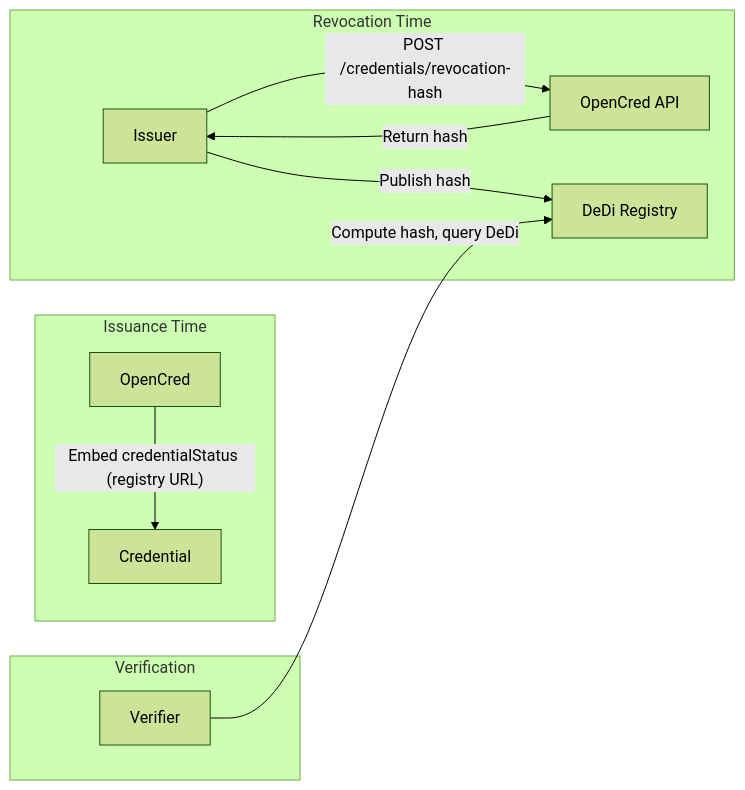
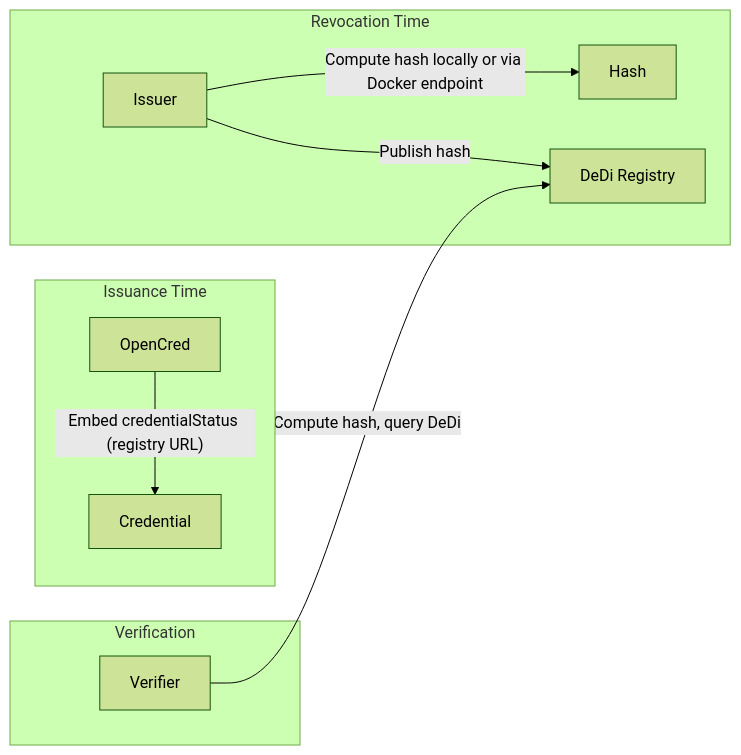
Before and after one commit to nfh-trust-labs/opencred: the fourth of 6 diagrams in OpenCred_PRD.md, drawn with Mermaid (forest theme). The commit also changed other lines of this file and 141 other files, not shown here.

First line of the commit message:
refactor: remove v1 apps and packages for desktop-first v2 architecture

````diff
--- a/OpenCred_PRD.md
+++ b/OpenCred_PRD.md
@@ -630,14 +551,13 @@
 ```mermaid
 flowchart LR
     subgraph issuance [Issuance Time]
         A[OpenCred] -->|"Embed credentialStatus (registry URL)"| B[Credential]
     end
     subgraph revocation [Revocation Time]
-        C[Issuer] -->|"POST /credentials/revocation-hash"| D[OpenCred API]
-        D -->|"Return hash"| C
+        C[Issuer] -->|"Compute hash locally or via Docker endpoint"| D[Hash]
         C -->|"Publish hash"| E[DeDi Registry]
     end
     subgraph verification [Verification]
         F[Verifier] -->|"Compute hash, query DeDi"| E
     end
 ```
````
